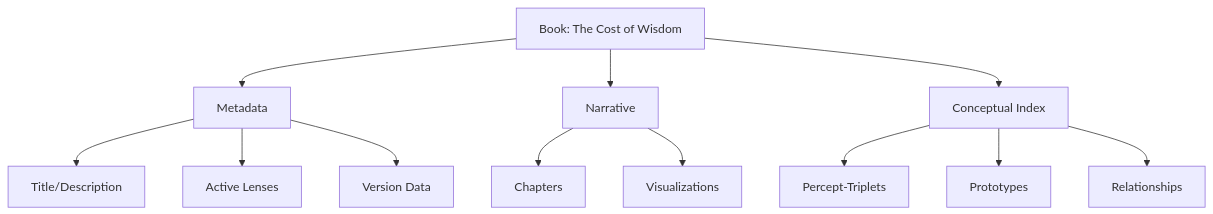
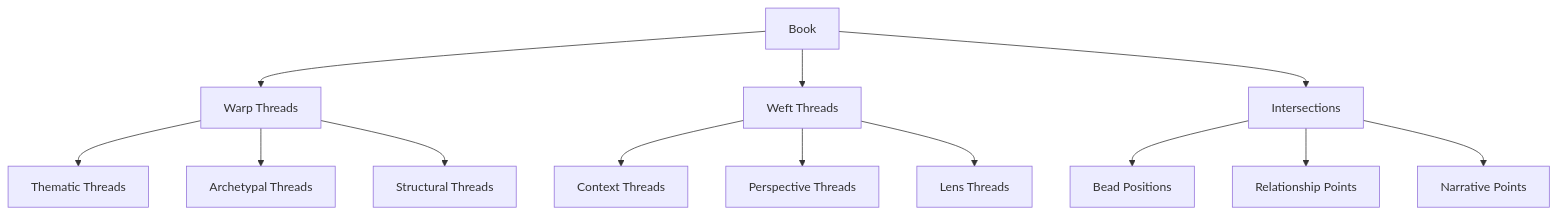
Before and after one commit to heavyblotto/memorativa: the third of 5 diagrams in docs/2. the cybernetic system/memorativa-2-14-books.md, drawn with Mermaid. The commit also changed other lines of this file and 9 other files, not shown here.

````diff
--- a/docs/2. the cybernetic system/memorativa-2-14-books.md
+++ b/docs/2. the cybernetic system/memorativa-2-14-books.md
@@ -606,17 +793,18 @@
 ```mermaid
 graph TD
-    B[Book: The Cost of Wisdom] --> M[Metadata]
-    B --> N[Narrative]
-    B --> C[Conceptual Index]
+    B[Book] --> W[Warp Threads]
+    B --> WF[Weft Threads]
+    B --> I[Intersections]
     
-    M --> T[Title/Description]
-    M --> L[Active Lenses]
-    M --> VD[Version Data]
+    W --> T[Thematic Threads]
+    W --> A[Archetypal Threads]
+    W --> S[Structural Threads]
     
-    N --> Ch[Chapters]
-    N --> Vis[Visualizations]
+    WF --> C[Context Threads]
+    WF --> P[Perspective Threads]
+    WF --> L[Lens Threads]
     
-    C --> PT[Percept-Triplets]
-    C --> P[Prototypes]
-    C --> R[Relationships]
+    I --> BP[Bead Positions]
+    I --> RP[Relationship Points]
+    I --> NP[Narrative Points]
 ```
````
